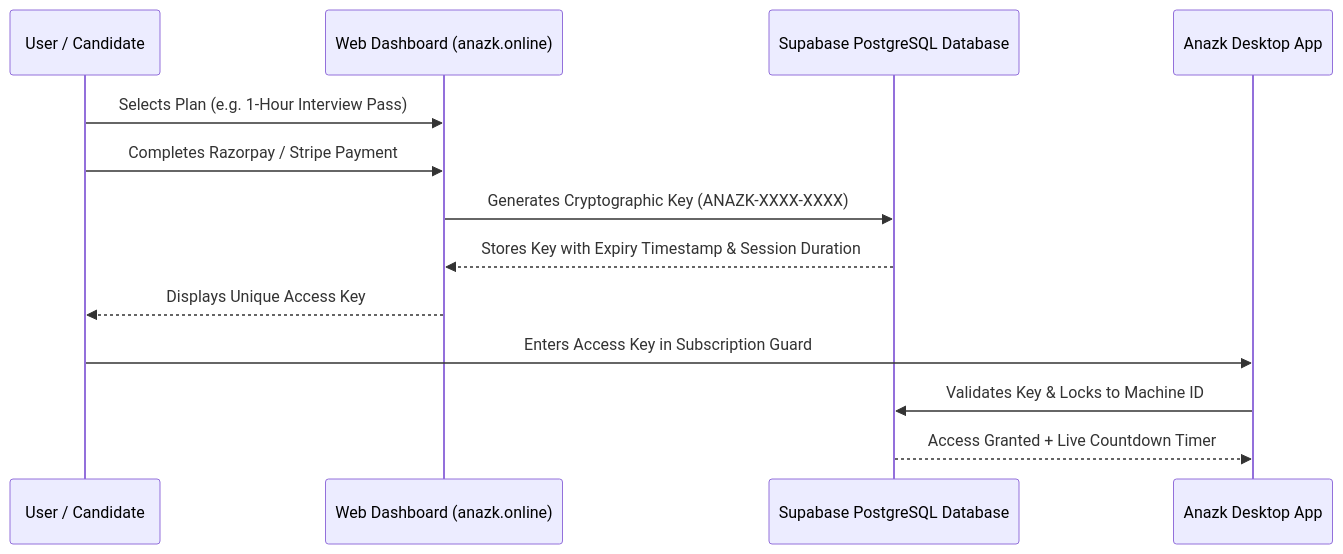
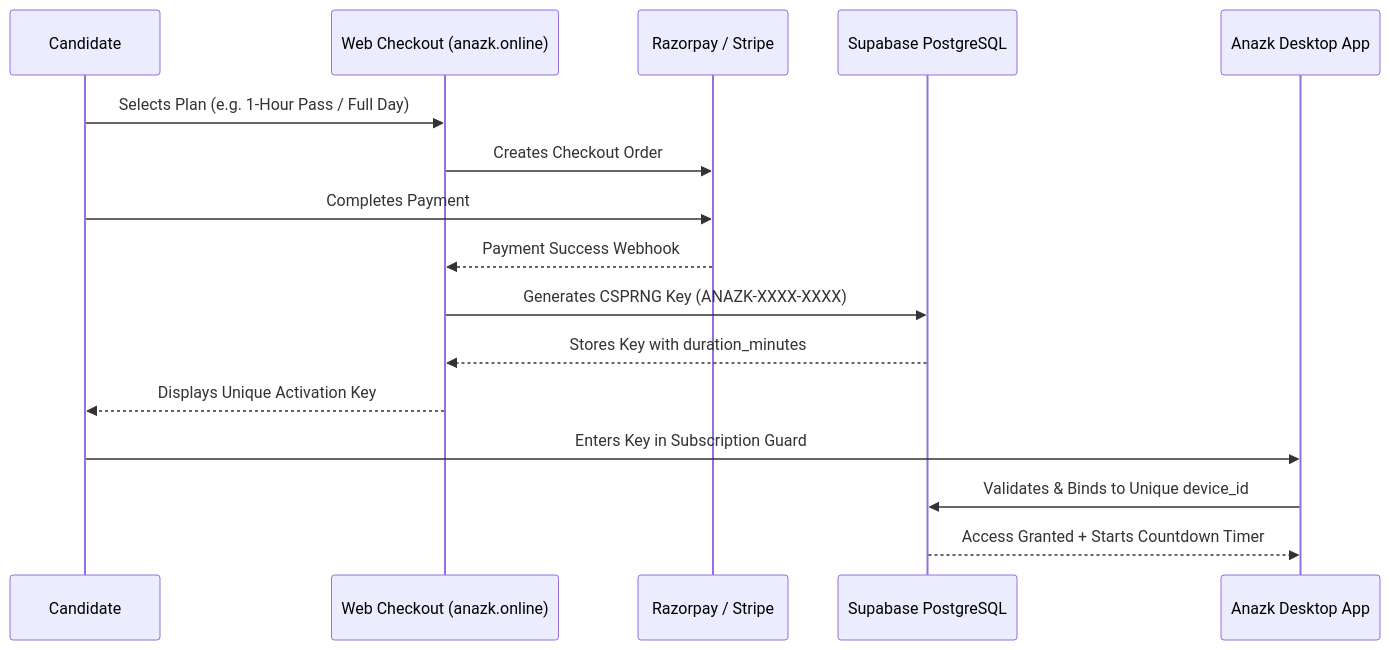
One commit to prince-up/Anazkai changed the fourth of 4 diagrams in README.md. Above: the diagram before and after it, drawn with Mermaid. The commit also changed other lines of this file, not shown here.

Commit message:
Update GitHub README with architecture diagrams, badges, and documentation

````diff
--- a/README.md
+++ b/README.md
@@ -60,16 +151,19 @@
 ```mermaid
 sequenceDiagram
-    participant User as User / Candidate
-    participant Web as Web Dashboard (anazk.online)
-    participant PG as Supabase PostgreSQL Database
+    participant Candidate as Candidate
+    participant Web as Web Checkout (anazk.online)
+    participant Razorpay as Razorpay / Stripe
+    participant DB as Supabase PostgreSQL
     participant App as Anazk Desktop App
 
-    User->>Web: Selects Plan (e.g. 1-Hour Interview Pass)
-    User->>Web: Completes Razorpay / Stripe Payment
-    Web->>PG: Generates Cryptographic Key (ANAZK-XXXX-XXXX)
-    PG-->>Web: Stores Key with Expiry Timestamp & Session Duration
-    Web-->>User: Displays Unique Access Key
-    User->>App: Enters Access Key in Subscription Guard
-    App->>PG: Validates Key & Locks to Machine ID
-    PG-->>App: Access Granted + Live Countdown Timer
+    Candidate->>Web: Selects Plan (e.g. 1-Hour Pass / Full Day)
+    Web->>Razorpay: Creates Checkout Order
+    Candidate->>Razorpay: Completes Payment
+    Razorpay-->>Web: Payment Success Webhook
+    Web->>DB: Generates CSPRNG Key (ANAZK-XXXX-XXXX)
+    DB-->>Web: Stores Key with duration_minutes
+    Web-->>Candidate: Displays Unique Activation Key
+    Candidate->>App: Enters Key in Subscription Guard
+    App->>DB: Validates & Binds to Unique device_id
+    DB-->>App: Access Granted + Starts Countdown Timer
 ```
````
